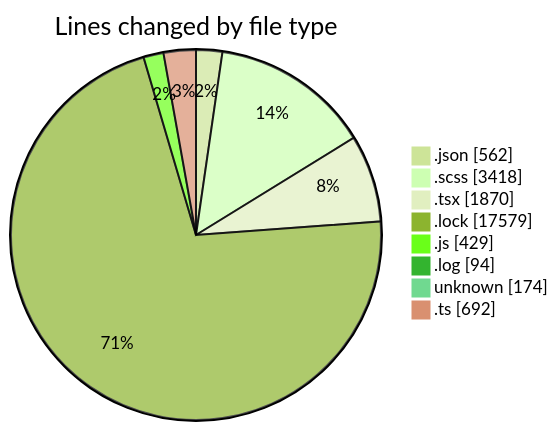
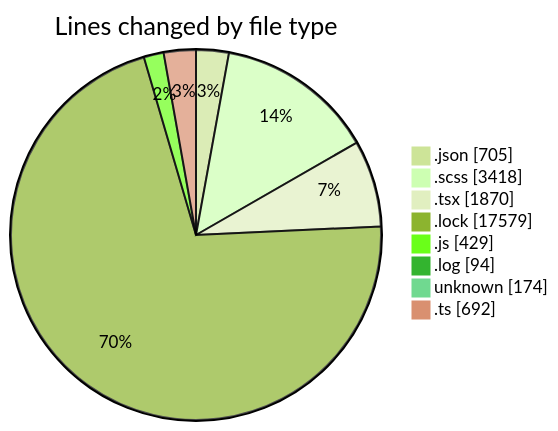
The first of 2 diagrams in 2026-08-11/cda/README.md (momahboobian/code-tracking), drawn with Mermaid (forest theme) before and after one commit. The commit also changed other lines of this file and 1 other file, not shown here.

````diff
--- a/2026-08-11/cda/README.md
+++ b/2026-08-11/cda/README.md
@@ -59,12 +61,12 @@
 ```mermaid
 pie showData
 title Lines changed by file type
-".json" : 562
+".json" : 705
 ".scss" : 3418
 ".tsx" : 1870
 ".lock" : 17579
 ".js" : 429
 ".log" : 94
 "unknown" : 174
 ".ts" : 692
 ```
````
